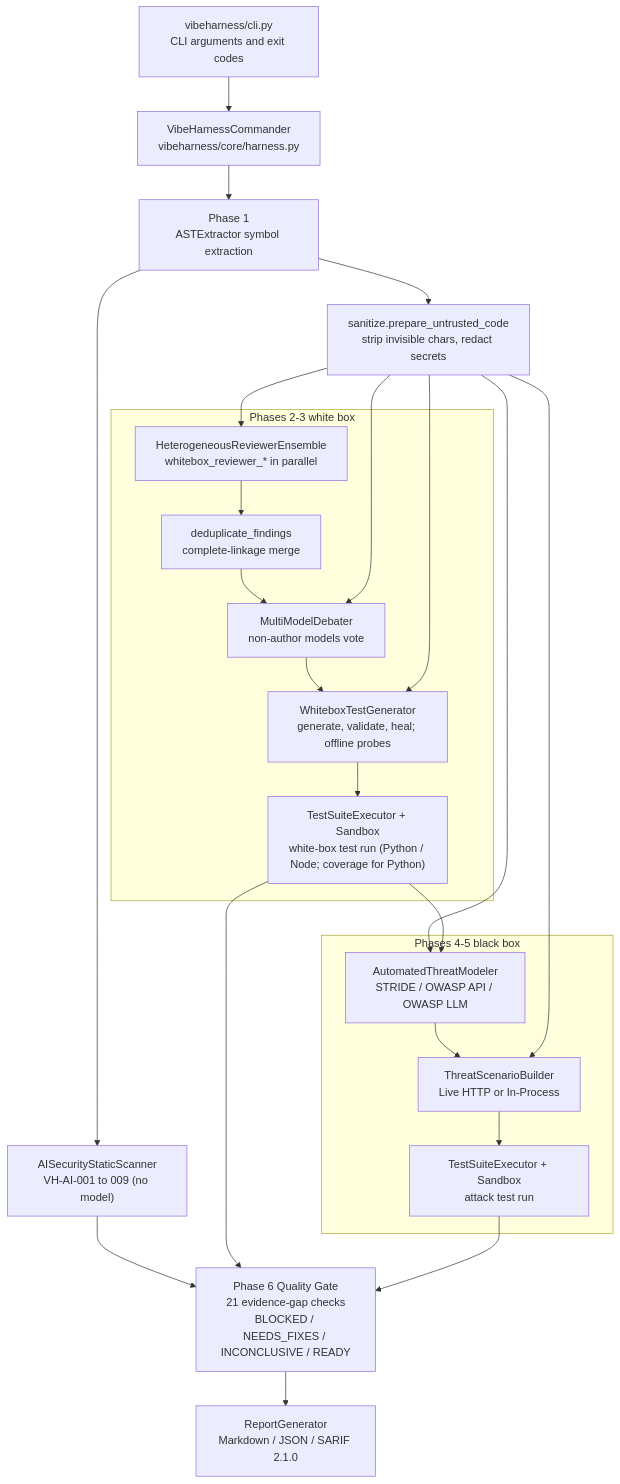
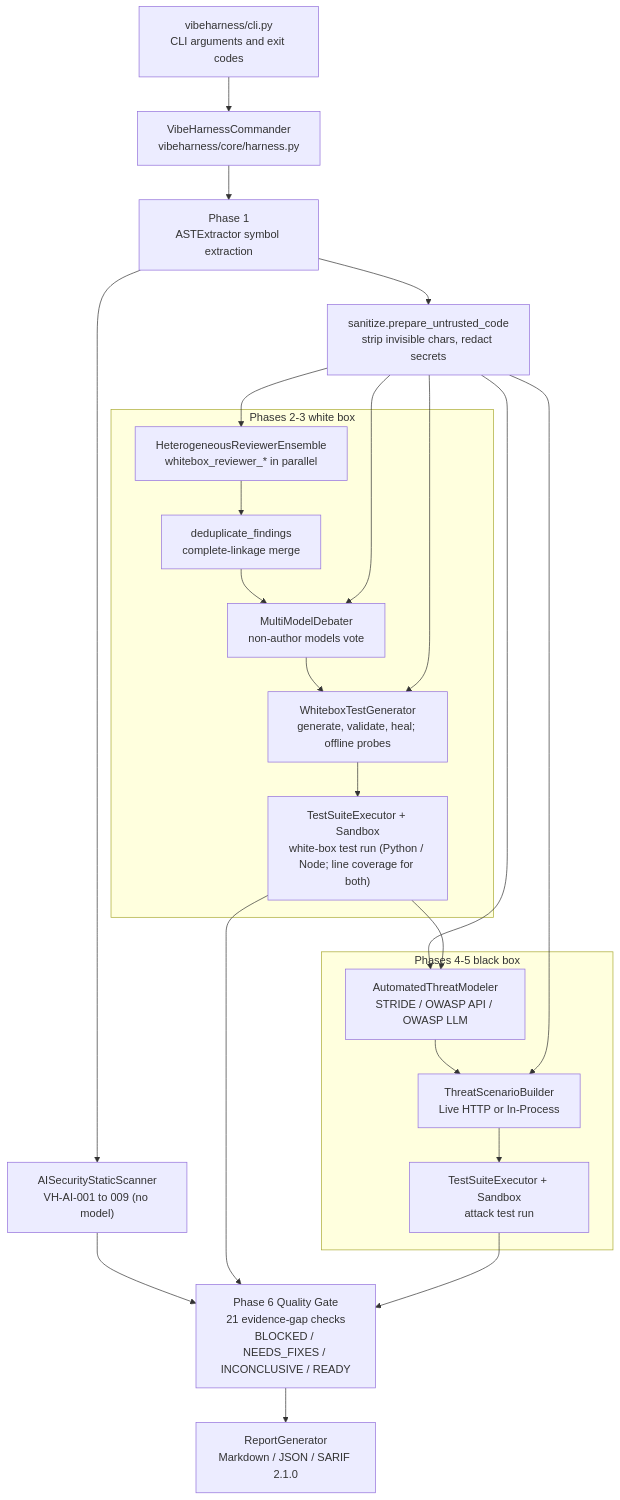
The first of 3 diagrams in docs/design.en.md (chinchiang/MultiAgentGama), drawn with Mermaid before and after one commit. The commit also changed other lines of this file and 7 other files, not shown here.

First line of the commit message:
docs: document JS/TS line coverage and re-cite design docs

````diff
--- a/docs/design.en.md
+++ b/docs/design.en.md
@@ -43,34 +43,34 @@
 ```mermaid
 flowchart TD
     CLI["vibeharness/cli.py<br/>CLI arguments and exit codes"] --> CMD["VibeHarnessCommander<br/>vibeharness/core/harness.py"]
     CMD --> P1["Phase 1<br/>ASTExtractor symbol extraction"]
     P1 --> SAST["AISecurityStaticScanner<br/>VH-AI-001 to 009 (no model)"]
     P1 --> SAN["sanitize.prepare_untrusted_code<br/>strip invisible chars, redact secrets"]
 
     subgraph WB ["Phases 2-3 white box"]
         REV["HeterogeneousReviewerEnsemble<br/>whitebox_reviewer_* in parallel"]
         DEDUP["deduplicate_findings<br/>complete-linkage merge"]
         DEB["MultiModelDebater<br/>non-author models vote"]
         GEN["WhiteboxTestGenerator<br/>generate, validate, heal; offline probes"]
-        EXE1["TestSuiteExecutor + Sandbox<br/>white-box test run (Python / Node; coverage for Python)"]
+        EXE1["TestSuiteExecutor + Sandbox<br/>white-box test run (Python / Node; line coverage for both)"]
         REV --> DEDUP --> DEB --> GEN --> EXE1
     end
 
     subgraph BB ["Phases 4-5 black box"]
         TM["AutomatedThreatModeler<br/>STRIDE / OWASP API / OWASP LLM"]
         ATK["ThreatScenarioBuilder<br/>Live HTTP or In-Process"]
         EXE2["TestSuiteExecutor + Sandbox<br/>attack test run"]
         TM --> ATK --> EXE2
     end
 
     SAN --> REV
     SAN --> DEB
     SAN --> GEN
     SAN --> TM
     SAN --> ATK
     EXE1 --> TM
     SAST --> GATE
     EXE1 --> GATE
     EXE2 --> GATE["Phase 6 Quality Gate<br/>21 evidence-gap checks<br/>BLOCKED / NEEDS_FIXES / INCONCLUSIVE / READY"]
     GATE --> OUT["ReportGenerator<br/>Markdown / JSON / SARIF 2.1.0"]
 ```
````
